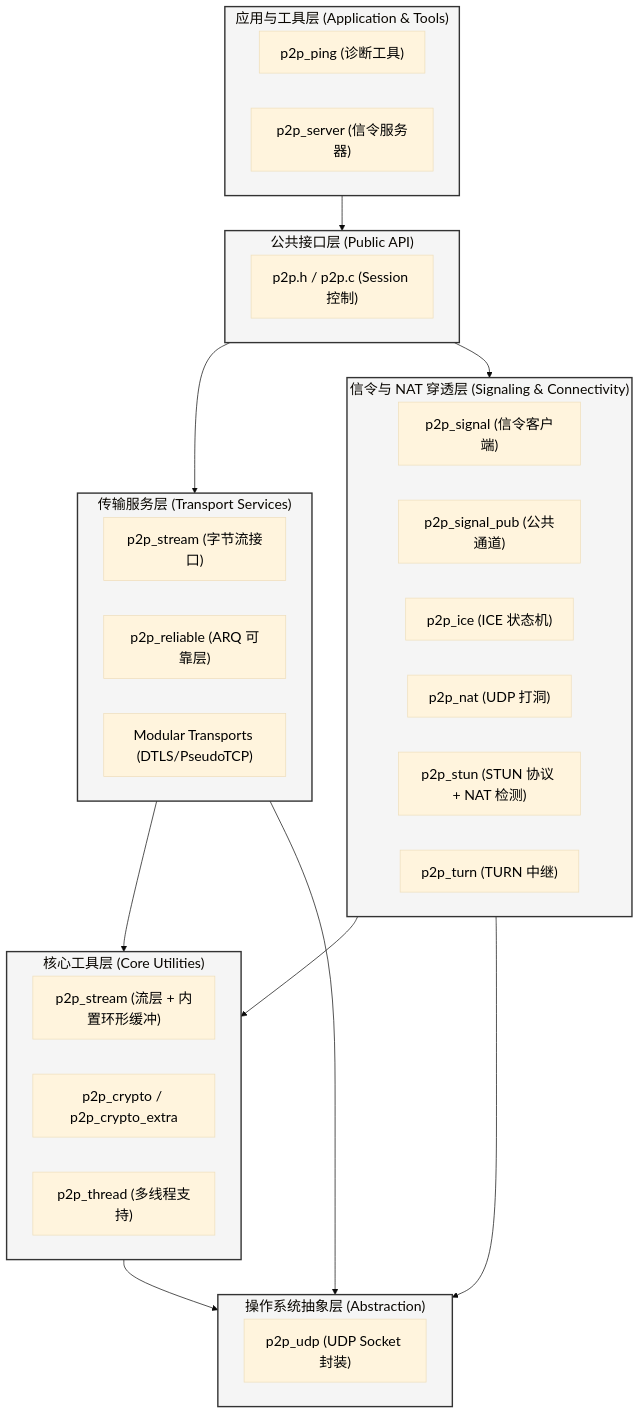
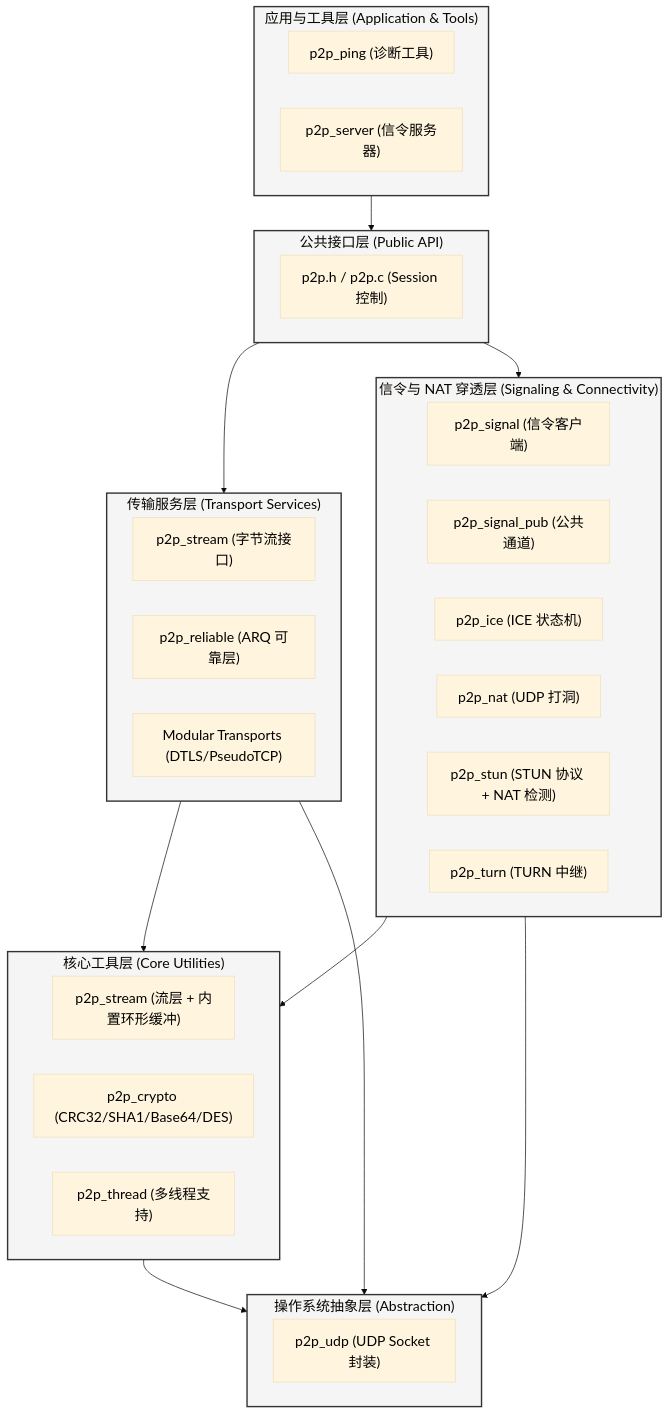
One commit to wenpeng8019/p2p0 changed the diagram in doc/ARCHITECTURE.md. Above: the diagram before and after it, drawn with Mermaid. The commit also changed other lines of this file and 28 other files, not shown here.

````diff
--- a/doc/ARCHITECTURE.md
+++ b/doc/ARCHITECTURE.md
@@ -9,51 +9,51 @@
 ```mermaid
 %%{init: {'theme':'base', 'themeVariables': {'fontSize':'20px', 'fontFamily':'Arial', 'primaryTextColor':'#000'}}}%%
 graph TD
     classDef layer fill:#f5f5f5,stroke:#333,stroke-width:2px;
     
     subgraph AppLayer ["应用与工具层 (Application & Tools)"]
         A1["p2p_ping (诊断工具)"]
         A2["p2p_server (信令服务器)"]
     end
 
     subgraph APILayer ["公共接口层 (Public API)"]
         B1["p2p.h / p2p.c (Session 控制)"]
     end
 
     subgraph TransportLayer ["传输服务层 (Transport Services)"]
         C1["p2p_stream (字节流接口)"]
         C2["p2p_reliable (ARQ 可靠层)"]
         C3["Modular Transports (DTLS/PseudoTCP)"]
     end
 
     subgraph SignalingNATLayer ["信令与 NAT 穿透层 (Signaling & Connectivity)"]
         D1["p2p_signal (信令客户端)"]
         D2["p2p_signal_pub (公共通道)"]
         D3["p2p_ice (ICE 状态机)"]
         D4["p2p_nat (UDP 打洞)"]
         D5["p2p_stun (STUN 协议 + NAT 检测)"]
         D6["p2p_turn (TURN 中继)"]
     end
 
     subgraph UtilsLayer ["核心工具层 (Core Utilities)"]
         E1["p2p_stream (流层 + 内置环形缓冲)"]
-        E2["p2p_crypto / p2p_crypto_extra"]
+        E2["p2p_crypto (CRC32/SHA1/Base64/DES)"]
         E3["p2p_thread (多线程支持)"]
     end
 
     subgraph OSALayer ["操作系统抽象层 (Abstraction)"]
         F1["p2p_udp (UDP Socket 封装)"]
     end
 
     %% Dependencies
     AppLayer --> APILayer
     APILayer --> TransportLayer
     APILayer --> SignalingNATLayer
     TransportLayer --> UtilsLayer
     SignalingNATLayer --> UtilsLayer
     SignalingNATLayer --> OSALayer
     TransportLayer --> OSALayer
     UtilsLayer --> OSALayer
     
     class AppLayer,APILayer,TransportLayer,SignalingNATLayer,UtilsLayer,OSALayer layer;
 ```
````
